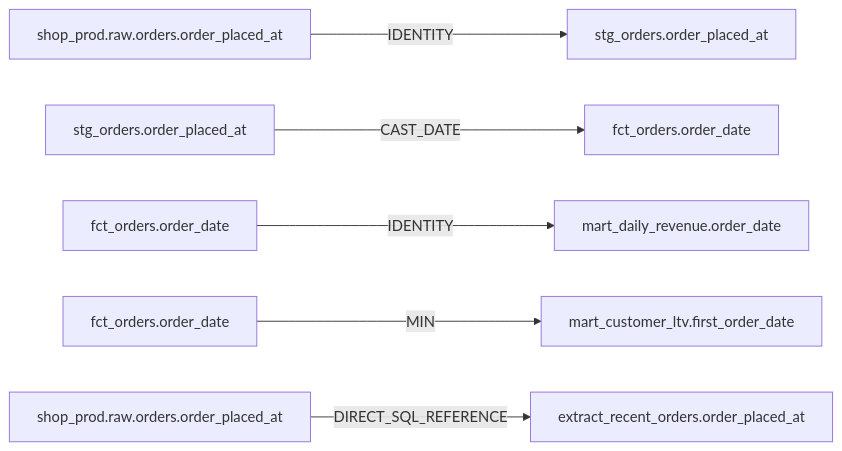
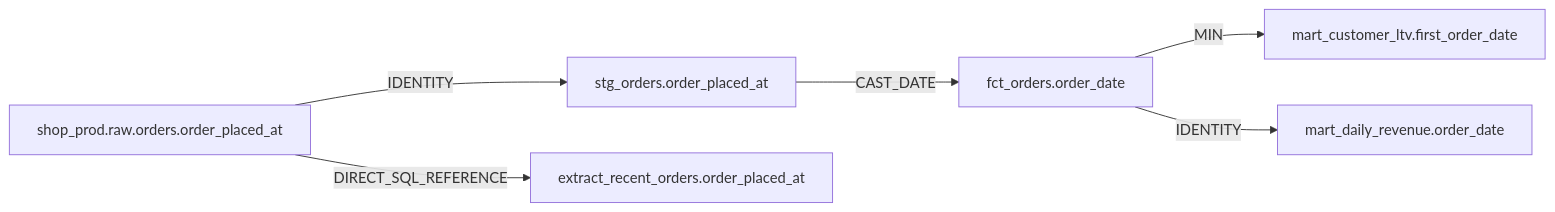
The diagram in examples/rename_order_placed_at/02_lineage_evidence.md (yadneshSalvi/datahub-repair-agent), drawn with Mermaid before and after one commit. The commit also changed 44 other files, not shown here.

````diff
--- a/examples/rename_order_placed_at/02_lineage_evidence.md
+++ b/examples/rename_order_placed_at/02_lineage_evidence.md
@@ -3,8 +3,8 @@
 ```mermaid
 graph LR
-    n0a["shop_prod.raw.orders.order_placed_at"] -->|"IDENTITY"| n0b["stg_orders.order_placed_at"]
-    n1a["stg_orders.order_placed_at"] -->|"CAST_DATE"| n1b["fct_orders.order_date"]
-    n2a["fct_orders.order_date"] -->|"IDENTITY"| n2b["mart_daily_revenue.order_date"]
-    n3a["fct_orders.order_date"] -->|"MIN"| n3b["mart_customer_ltv.first_order_date"]
-    n4a["shop_prod.raw.orders.order_placed_at"] -->|"DIRECT_SQL_REFERENCE"| n4b["extract_recent_orders.order_placed_at"]
+    n0["shop_prod.raw.orders.order_placed_at"] -->|"IDENTITY"| n1["stg_orders.order_placed_at"]
+    n1["stg_orders.order_placed_at"] -->|"CAST_DATE"| n2["fct_orders.order_date"]
+    n2["fct_orders.order_date"] -->|"MIN"| n3["mart_customer_ltv.first_order_date"]
+    n2["fct_orders.order_date"] -->|"IDENTITY"| n4["mart_daily_revenue.order_date"]
+    n0["shop_prod.raw.orders.order_placed_at"] -->|"DIRECT_SQL_REFERENCE"| n5["extract_recent_orders.order_placed_at"]
 ```
````
